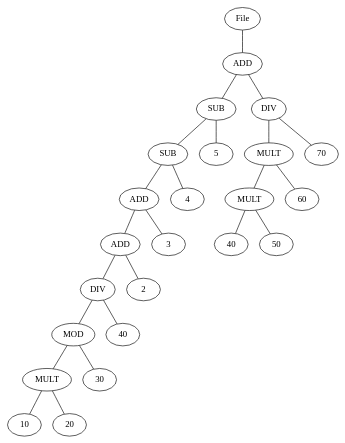
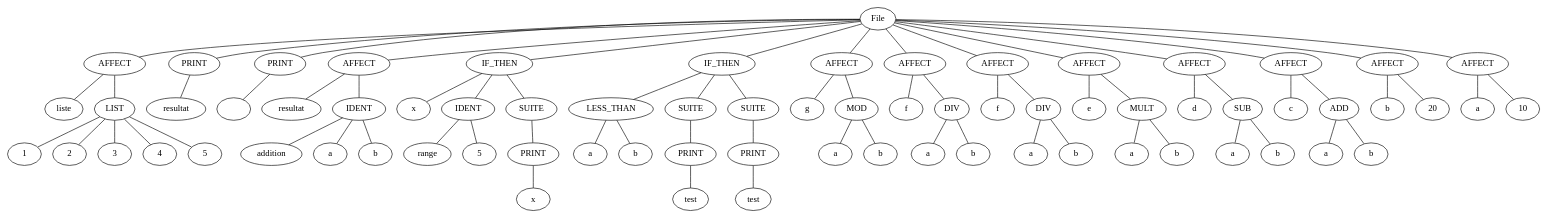
Before and after one commit to nathanl0204/pcl1: the diagram in app/src/main/resources/output.dot, drawn with Graphviz. The commit also changed 87 other files, not shown here.

Commit message:
probleme resolu, graph ok

```diff
--- a/app/src/main/resources/output.dot
+++ b/app/src/main/resources/output.dot
@@ -1,49 +1,147 @@
-graph AST {
+graph G {
   root [label="File"];
-  root -- root_2074407503;
-  root_2074407503 [label="ADD"];
-  root_2074407503 -- root_2074407503_left;
-  root_2074407503_left [label="SUB"];
-  root_2074407503_left -- root_2074407503_left_left;
-  root_2074407503_left_left [label="SUB"];
-  root_2074407503_left_left -- root_2074407503_left_left_left;
-  root_2074407503_left_left_left [label="ADD"];
-  root_2074407503_left_left_left -- root_2074407503_left_left_left_left;
-  root_2074407503_left_left_left_left [label="ADD"];
-  root_2074407503_left_left_left_left -- root_2074407503_left_left_left_left_left;
-  root_2074407503_left_left_left_left_left [label="DIV"];
-  root_2074407503_left_left_left_left_left -- root_2074407503_left_left_left_left_left_left;
-  root_2074407503_left_left_left_left_left_left [label="MOD"];
-  root_2074407503_left_left_left_left_left_left -- root_2074407503_left_left_left_left_left_left_left;
-  root_2074407503_left_left_left_left_left_left_left [label="MULT"];
-  root_2074407503_left_left_left_left_left_left_left -- root_2074407503_left_left_left_left_left_left_left_left;
-  root_2074407503_left_left_left_left_left_left_left_left [label="10"];
-  root_2074407503_left_left_left_left_left_left_left -- root_2074407503_left_left_left_left_left_left_left_right;
-  root_2074407503_left_left_left_left_left_left_left_right [label="20"];
-  root_2074407503_left_left_left_left_left_left -- root_2074407503_left_left_left_left_left_left_right;
-  root_2074407503_left_left_left_left_left_left_right [label="30"];
-  root_2074407503_left_left_left_left_left -- root_2074407503_left_left_left_left_left_right;
-  root_2074407503_left_left_left_left_left_right [label="40"];
-  root_2074407503_left_left_left_left -- root_2074407503_left_left_left_left_right;
-  root_2074407503_left_left_left_left_right [label="2"];
-  root_2074407503_left_left_left -- root_2074407503_left_left_left_right;
-  root_2074407503_left_left_left_right [label="3"];
-  root_2074407503_left_left -- root_2074407503_left_left_right;
-  root_2074407503_left_left_right [label="4"];
-  root_2074407503_left -- root_2074407503_left_right;
-  root_2074407503_left_right [label="5"];
-  root_2074407503 -- root_2074407503_right;
-  root_2074407503_right [label="DIV"];
-  root_2074407503_right -- root_2074407503_right_left;
-  root_2074407503_right_left [label="MULT"];
-  root_2074407503_right_left -- root_2074407503_right_left_left;
-  root_2074407503_right_left_left [label="MULT"];
-  root_2074407503_right_left_left -- root_2074407503_right_left_left_left;
-  root_2074407503_right_left_left_left [label="40"];
-  root_2074407503_right_left_left -- root_2074407503_right_left_left_right;
-  root_2074407503_right_left_left_right [label="50"];
-  root_2074407503_right_left -- root_2074407503_right_left_right;
-  root_2074407503_right_left_right [label="60"];
-  root_2074407503_right -- root_2074407503_right_right;
-  root_2074407503_right_right [label="70"];
+  root_681842940 [label="AFFECT"];
+  root_681842940_leftExpr [label="liste"];
+  root_681842940 -- root_681842940_leftExpr;
+  root_681842940_rightExpr [label="LIST"];
+  root_681842940_rightExpr -- root_681842940_rightExpr_2001049719;
+  root_681842940_rightExpr_2001049719 [label="1"];
+  root_681842940_rightExpr -- root_681842940_rightExpr_1528902577;
+  root_681842940_rightExpr_1528902577 [label="2"];
+  root_681842940_rightExpr -- root_681842940_rightExpr_1927950199;
+  root_681842940_rightExpr_1927950199 [label="3"];
+  root_681842940_rightExpr -- root_681842940_rightExpr_868693306;
+  root_681842940_rightExpr_868693306 [label="4"];
+  root_681842940_rightExpr -- root_681842940_rightExpr_1746572565;
+  root_681842940_rightExpr_1746572565 [label="5"];
+  root_681842940 -- root_681842940_rightExpr;
+  root -- root_681842940;
+  root_989110044 [label="PRINT"];
+  root_989110044 -- root_989110044_;
+  root_989110044_ [label="resultat"];
+  root -- root_989110044;
+  root_424058530 [label="PRINT"];
+  root_424058530 -- root_424058530_;
+  root_424058530_ [label=""];
+  root -- root_424058530;
+  root_321001045 [label="AFFECT"];
+  root_321001045_leftExpr [label="resultat"];
+  root_321001045 -- root_321001045_leftExpr;
+  root_321001045_rightExpr [label="IDENT"];
+  root_321001045_rightExpr -- root_321001045_rightExpr_791452441;
+  root_321001045_rightExpr_791452441 [label="addition"];
+  root_321001045_rightExpr -- root_321001045_rightExpr_834600351;
+  root_321001045_rightExpr_834600351 [label="a"];
+  root_321001045_rightExpr -- root_321001045_rightExpr_471910020;
+  root_321001045_rightExpr_471910020 [label="b"];
+  root_321001045 -- root_321001045_rightExpr;
+  root -- root_321001045;
+  root_531885035 [label="IF_THEN"];
+  root_531885035 -- root_531885035_if;
+  root_531885035_if [label="x"];
+  root_531885035 -- root_531885035_then;
+  root_531885035_then [label="IDENT"];
+  root_531885035_then -- root_531885035_then_1418481495;
+  root_531885035_then_1418481495 [label="range"];
+  root_531885035_then -- root_531885035_then_303563356;
+  root_531885035_then_303563356 [label="5"];
+  root_531885035 -- root_531885035_else;
+  root_531885035_else [label="SUITE"];
+  root_531885035_else -- root_531885035_else_135721597;
+  root_531885035_else_135721597 [label="PRINT"];
+  root_531885035_else_135721597 -- root_531885035_else_135721597_;
+  root_531885035_else_135721597_ [label="x"];
+  root -- root_531885035;
+  root_142257191 [label="IF_THEN"];
+  root_142257191 -- root_142257191_if;
+  root_142257191_if [label="LESS_THAN"];
+  root_142257191_if -- root_142257191_if_left;
+  root_142257191_if_left [label="a"];
+  root_142257191_if -- root_142257191_if_right;
+  root_142257191_if_right [label="b"];
+  root_142257191 -- root_142257191_then;
+  root_142257191_then [label="SUITE"];
+  root_142257191_then -- root_142257191_then_1044036744;
+  root_142257191_then_1044036744 [label="PRINT"];
+  root_142257191_then_1044036744 -- root_142257191_then_1044036744_;
+  root_142257191_then_1044036744_ [label="test"];
+  root_142257191 -- root_142257191_else;
+  root_142257191_else [label="SUITE"];
+  root_142257191_else -- root_142257191_else_1826771953;
+  root_142257191_else_1826771953 [label="PRINT"];
+  root_142257191_else_1826771953 -- root_142257191_else_1826771953_;
+  root_142257191_else_1826771953_ [label="test"];
+  root -- root_142257191;
+  root_1406718218 [label="AFFECT"];
+  root_1406718218_leftExpr [label="g"];
+  root_1406718218 -- root_1406718218_leftExpr;
+  root_1406718218_rightExpr [label="MOD"];
+  root_1406718218_rightExpr -- root_1406718218_rightExpr_left;
+  root_1406718218_rightExpr_left [label="a"];
+  root_1406718218_rightExpr -- root_1406718218_rightExpr_right;
+  root_1406718218_rightExpr_right [label="b"];
+  root_1406718218 -- root_1406718218_rightExpr;
+  root -- root_1406718218;
+  root_245257410 [label="AFFECT"];
+  root_245257410_leftExpr [label="f"];
+  root_245257410 -- root_245257410_leftExpr;
+  root_245257410_rightExpr [label="DIV"];
+  root_245257410_rightExpr -- root_245257410_rightExpr_left;
+  root_245257410_rightExpr_left [label="a"];
+  root_245257410_rightExpr -- root_245257410_rightExpr_right;
+  root_245257410_rightExpr_right [label="b"];
+  root_245257410 -- root_245257410_rightExpr;
+  root -- root_245257410;
+  root_1705736037 [label="AFFECT"];
+  root_1705736037_leftExpr [label="f"];
+  root_1705736037 -- root_1705736037_leftExpr;
+  root_1705736037_rightExpr [label="DIV"];
+  root_1705736037_rightExpr -- root_1705736037_rightExpr_left;
+  root_1705736037_rightExpr_left [label="a"];
+  root_1705736037_rightExpr -- root_1705736037_rightExpr_right;
+  root_1705736037_rightExpr_right [label="b"];
+  root_1705736037 -- root_1705736037_rightExpr;
+  root -- root_1705736037;
+  root_455659002 [label="AFFECT"];
+  root_455659002_leftExpr [label="e"];
+  root_455659002 -- root_455659002_leftExpr;
+  root_455659002_rightExpr [label="MULT"];
+  root_455659002_rightExpr -- root_455659002_rightExpr_left;
+  root_455659002_rightExpr_left [label="a"];
+  root_455659002_rightExpr -- root_455659002_rightExpr_right;
+  root_455659002_rightExpr_right [label="b"];
+  root_455659002 -- root_455659002_rightExpr;
+  root -- root_455659002;
+  root_250421012 [label="AFFECT"];
+  root_250421012_leftExpr [label="d"];
+  root_250421012 -- root_250421012_leftExpr;
+  root_250421012_rightExpr [label="SUB"];
+  root_250421012_rightExpr -- root_250421012_rightExpr_left;
+  root_250421012_rightExpr_left [label="a"];
+  root_250421012_rightExpr -- root_250421012_rightExpr_right;
+  root_250421012_rightExpr_right [label="b"];
+  root_250421012 -- root_250421012_rightExpr;
+  root -- root_250421012;
+  root_1915318863 [label="AFFECT"];
+  root_1915318863_leftExpr [label="c"];
+  root_1915318863 -- root_1915318863_leftExpr;
+  root_1915318863_rightExpr [label="ADD"];
+  root_1915318863_rightExpr -- root_1915318863_rightExpr_left;
+  root_1915318863_rightExpr_left [label="a"];
+  root_1915318863_rightExpr -- root_1915318863_rightExpr_right;
+  root_1915318863_rightExpr_right [label="b"];
+  root_1915318863 -- root_1915318863_rightExpr;
+  root -- root_1915318863;
+  root_1283928880 [label="AFFECT"];
+  root_1283928880_leftExpr [label="b"];
+  root_1283928880 -- root_1283928880_leftExpr;
+  root_1283928880_rightExpr [label="20"];
+  root_1283928880 -- root_1283928880_rightExpr;
+  root -- root_1283928880;
+  root_295530567 [label="AFFECT"];
+  root_295530567_leftExpr [label="a"];
+  root_295530567 -- root_295530567_leftExpr;
+  root_295530567_rightExpr [label="10"];
+  root_295530567 -- root_295530567_rightExpr;
+  root -- root_295530567;
 }
```
